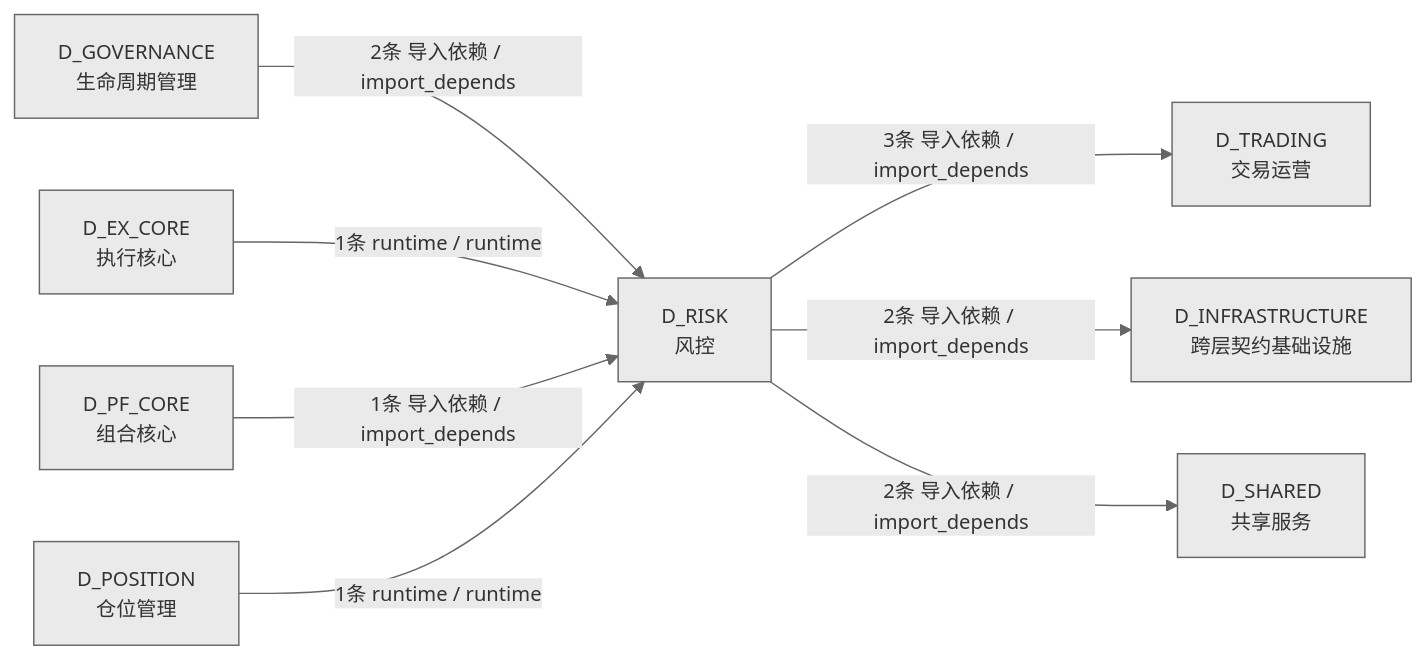
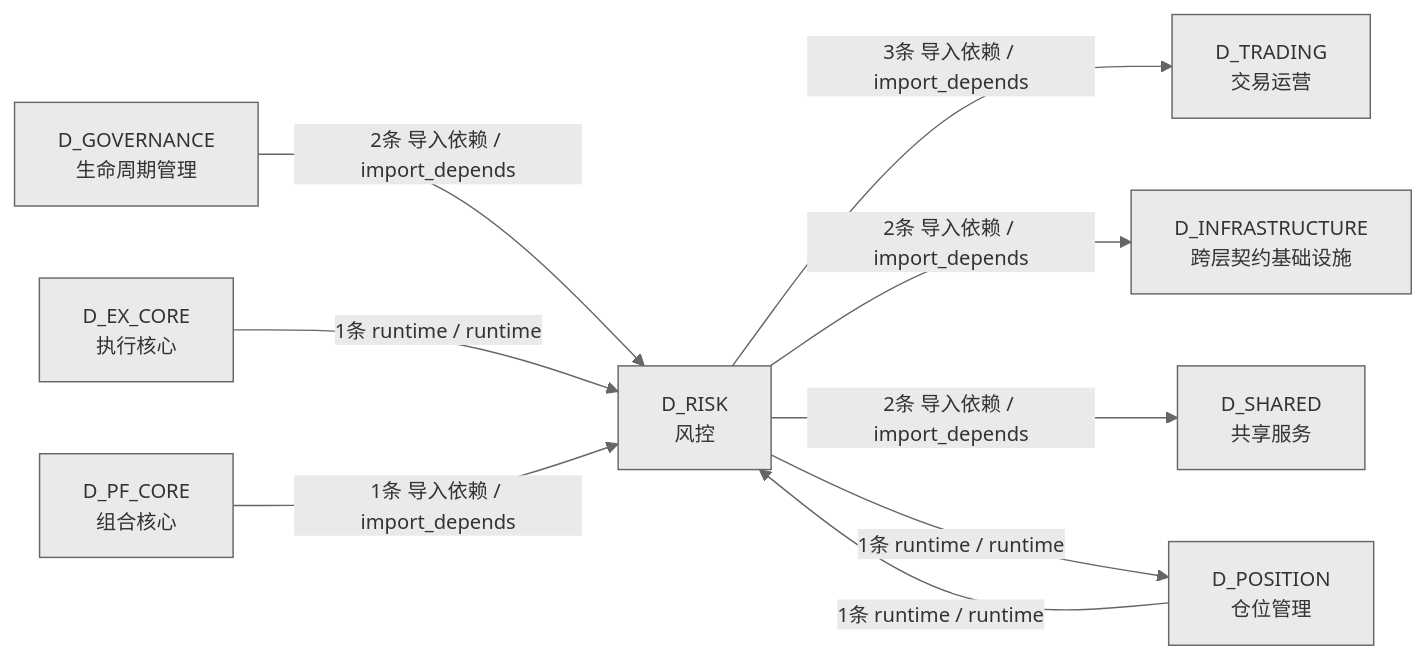
One commit to xuanFelixVan/ZephyrAlpha changed the fourth of 4 diagrams in docs/02_enterprise_architecture/02_domain_architecture_docs/65_d_risk.md. Above: the diagram before and after it, drawn with Mermaid. The commit also changed other lines of this file and 59 other files, not shown here.

````diff
--- a/docs/02_enterprise_architecture/02_domain_architecture_docs/65_d_risk.md
+++ b/docs/02_enterprise_architecture/02_domain_architecture_docs/65_d_risk.md
@@ -244,19 +246,20 @@
 ```mermaid
 %%{init: {'theme': 'base', 'themeVariables': {'primaryColor': '#eaeaea', 'primaryTextColor': '#333333', 'primaryBorderColor': '#666666', 'lineColor': '#666666', 'secondaryColor': '#eaeaea', 'tertiaryColor': '#eaeaea', 'fontSize': '14px'}}}%%
 graph LR
     D_RISK["D_RISK<br/>风控"]
     D_TRADING["D_TRADING<br/>交易运营"]
     D_INFRASTRUCTURE["D_INFRASTRUCTURE<br/>跨层契约基础设施"]
     D_SHARED["D_SHARED<br/>共享服务"]
+    D_POSITION["D_POSITION<br/>仓位管理"]
     D_GOVERNANCE["D_GOVERNANCE<br/>生命周期管理"]
     D_EX_CORE["D_EX_CORE<br/>执行核心"]
     D_PF_CORE["D_PF_CORE<br/>组合核心"]
-    D_POSITION["D_POSITION<br/>仓位管理"]
     D_RISK -->|3条 导入依赖 / import_depends| D_TRADING
     D_RISK -->|2条 导入依赖 / import_depends| D_INFRASTRUCTURE
     D_RISK -->|2条 导入依赖 / import_depends| D_SHARED
+    D_RISK -->|1条 runtime / runtime| D_POSITION
     D_GOVERNANCE -->|2条 导入依赖 / import_depends| D_RISK
     D_EX_CORE -->|1条 runtime / runtime| D_RISK
     D_PF_CORE -->|1条 导入依赖 / import_depends| D_RISK
     D_POSITION -->|1条 runtime / runtime| D_RISK
 ```
````
